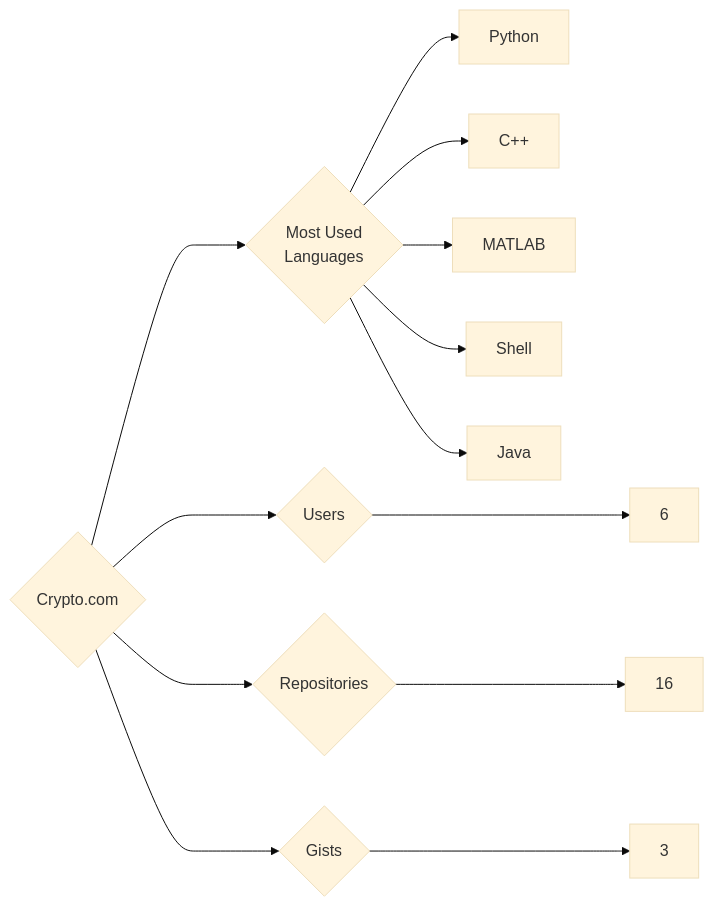
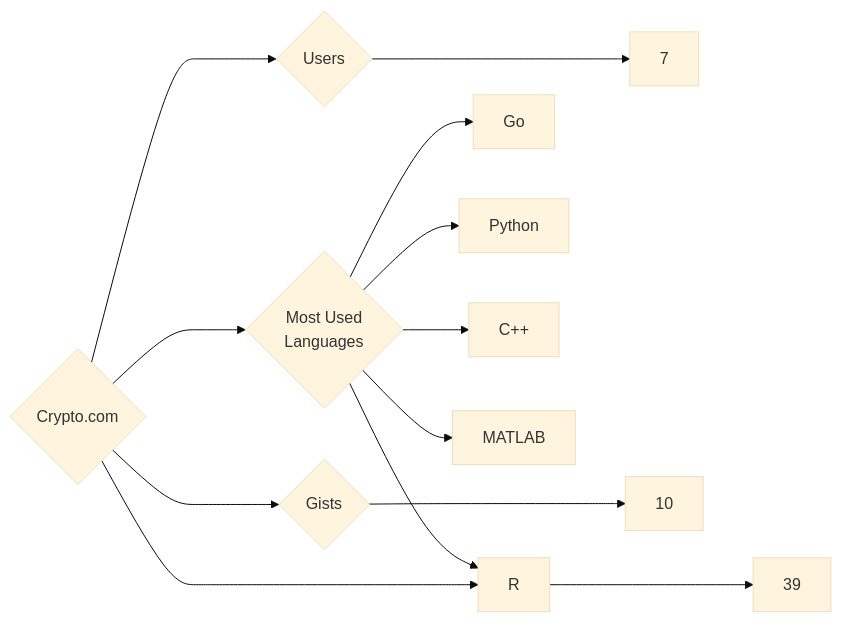
The diagram in targets/Crypto.com/README.md (trickest/insiders), drawn with Mermaid (base theme) before and after one commit. The commit also changed 840 other files, not shown here.

````diff
--- a/targets/Crypto.com/README.md
+++ b/targets/Crypto.com/README.md
@@ -3,13 +3,13 @@
 ```mermaid
 graph LR
 COMPANY_NAME{Crypto.com}
-COMPANY_NAME ---> U{Users} ---> UN[6]
-COMPANY_NAME ---> R{Repositories} ---> RN[16]
-COMPANY_NAME ---> G{Gists} ---> GN[3]
+COMPANY_NAME ---> U{Users} ---> UN[7]
+COMPANY_NAME ---> R{Repositories} ---> RN[39]
+COMPANY_NAME ---> G{Gists} ---> GN[10]
 COMPANY_NAME ---> ML{Most Used<br>Languages}
+ML --> Go[Go]
 ML --> Python[Python]
 ML --> C++[C++]
+ML --> R[R]
 ML --> MATLAB[MATLAB]
-ML --> Shell[Shell]
-ML --> Java[Java]
 ```
````
